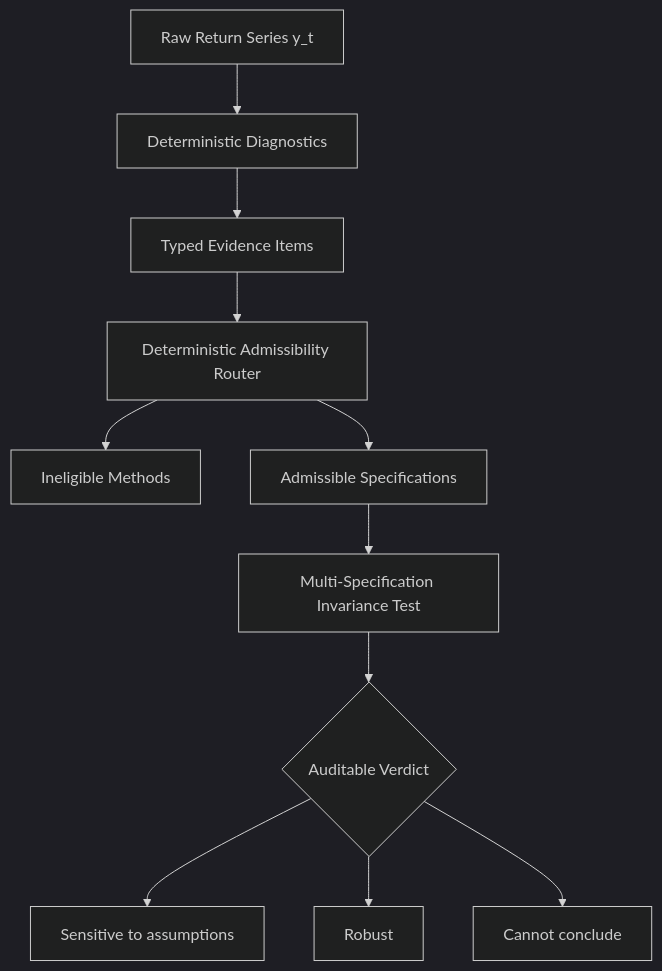
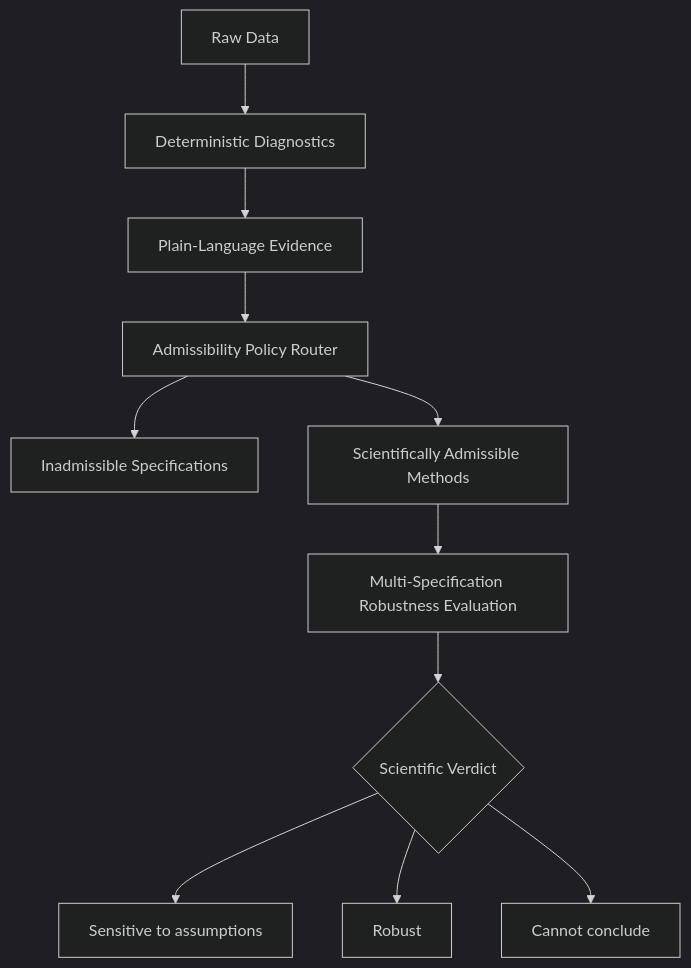
The first of 2 diagrams in README.md (mbzuaiciao/sharpelab), drawn with Mermaid (dark theme) before and after one commit. The commit also changed other lines of this file and 7 other files, not shown here.

````diff
--- a/README.md
+++ b/README.md
@@ -58,13 +77,13 @@
 ```mermaid
 flowchart TD
-    A[Raw Return Series y_t] --> B[Deterministic Diagnostics]
-    B --> C[Typed Evidence Items]
-    C --> D[Deterministic Admissibility Router]
-    D --> E1[Ineligible Methods]
-    D --> E2[Admissible Specifications]
-    E2 --> F[Multi-Specification Invariance Test]
-    F --> G{Auditable Verdict}
+    A[Raw Data] --> B[Deterministic Diagnostics]
+    B --> C[Plain-Language Evidence]
+    C --> D[Admissibility Policy Router]
+    D --> E1[Inadmissible Specifications]
+    D --> E2[Scientifically Admissible Methods]
+    E2 --> F[Multi-Specification Robustness Evaluation]
+    F --> G{Scientific Verdict}
     G --> H1[Sensitive to assumptions]
     G --> H2[Robust]
     G --> H3[Cannot conclude]
 ```
````
